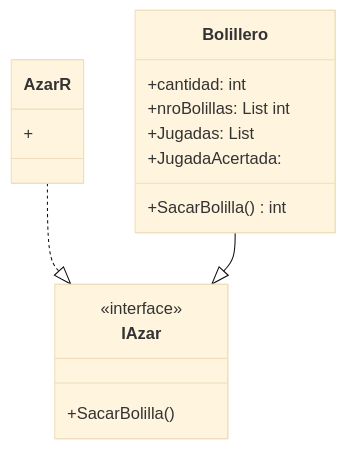
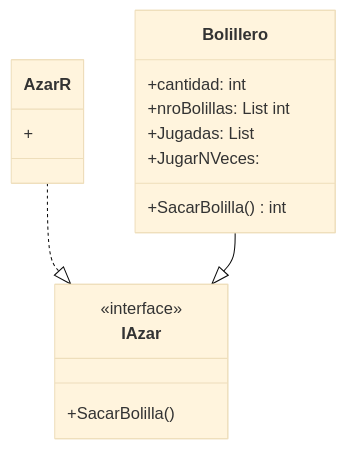
The diagram in docs/README.md (abrilchauq/Bolillero), drawn with Mermaid (base theme) before and after one commit.

````diff
--- a/docs/README.md
+++ b/docs/README.md
@@ -3,24 +3,24 @@
 ```mermaid
 classDiagram
     class Bolillero{
         +cantidad: int 
         +nroBolillas: List int
         +Jugadas: List
-        +JugadaAcertada:
+        +JugarNVeces: 
         +SacarBolilla() int
     }
 
     class IAzar{
         <<interface>>
         +SacarBolilla()
     }
 
     class AzarR{
         +
     }
 
 
 AzarR ..|> IAzar
 Bolillero --|> IAzar
 
 ```
````
